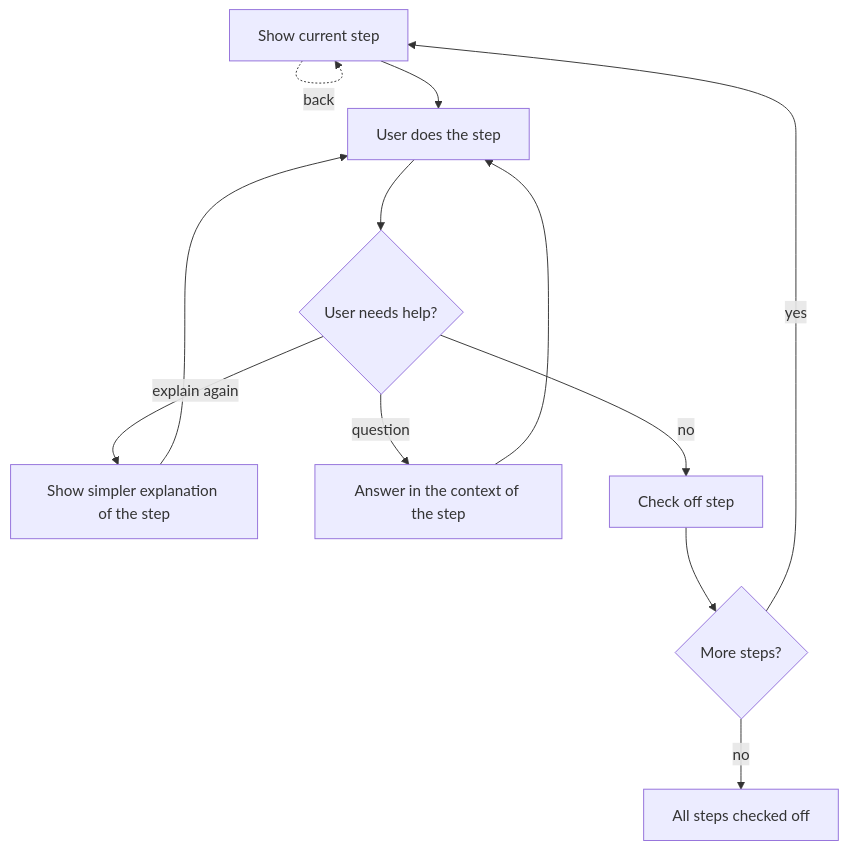
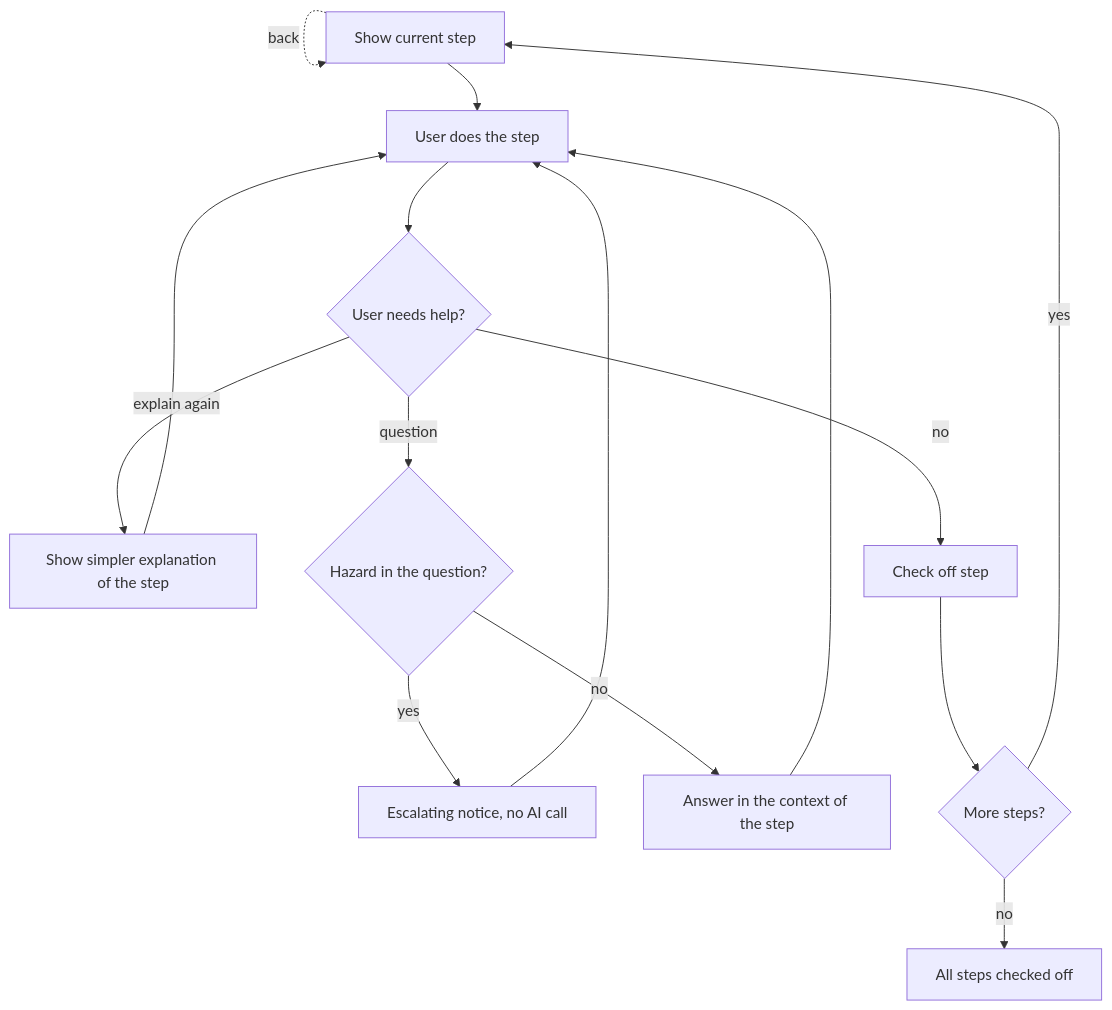
Before and after one commit to mrh421/Applied_AI_DAIY: the diagram in docs/use-cases/UC-004-carry-out-the-work.md, drawn with Mermaid. The commit also changed other lines of this file and 4 other files, not shown here.

````diff
--- a/docs/use-cases/UC-004-carry-out-the-work.md
+++ b/docs/use-cases/UC-004-carry-out-the-work.md
@@ -50,14 +51,17 @@
 ```mermaid
 flowchart TD
     A[Show current step] --> B[User does the step]
     B --> C{User needs help?}
     C -- explain again --> D[Show simpler explanation of the step]
-    C -- question --> E[Answer in the context of the step]
+    C -- question --> Q{Hazard in the question?}
+    Q -- yes --> R[Escalating notice, no AI call]
+    Q -- no --> E[Answer in the context of the step]
     C -- no --> F[Check off step]
     D --> B
     E --> B
+    R --> B
     F --> G{More steps?}
     G -- yes --> A
     G -- no --> H[All steps checked off]
     A -. back .-> A
 ```
````
